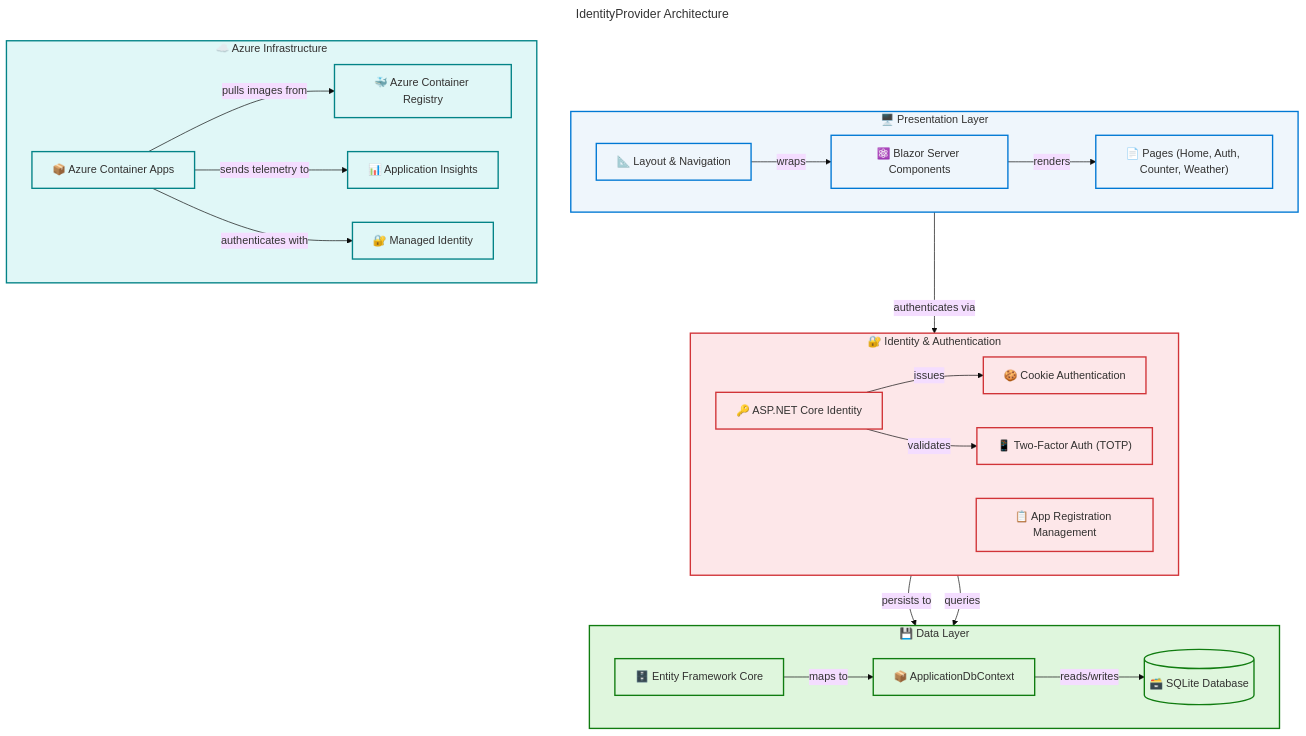
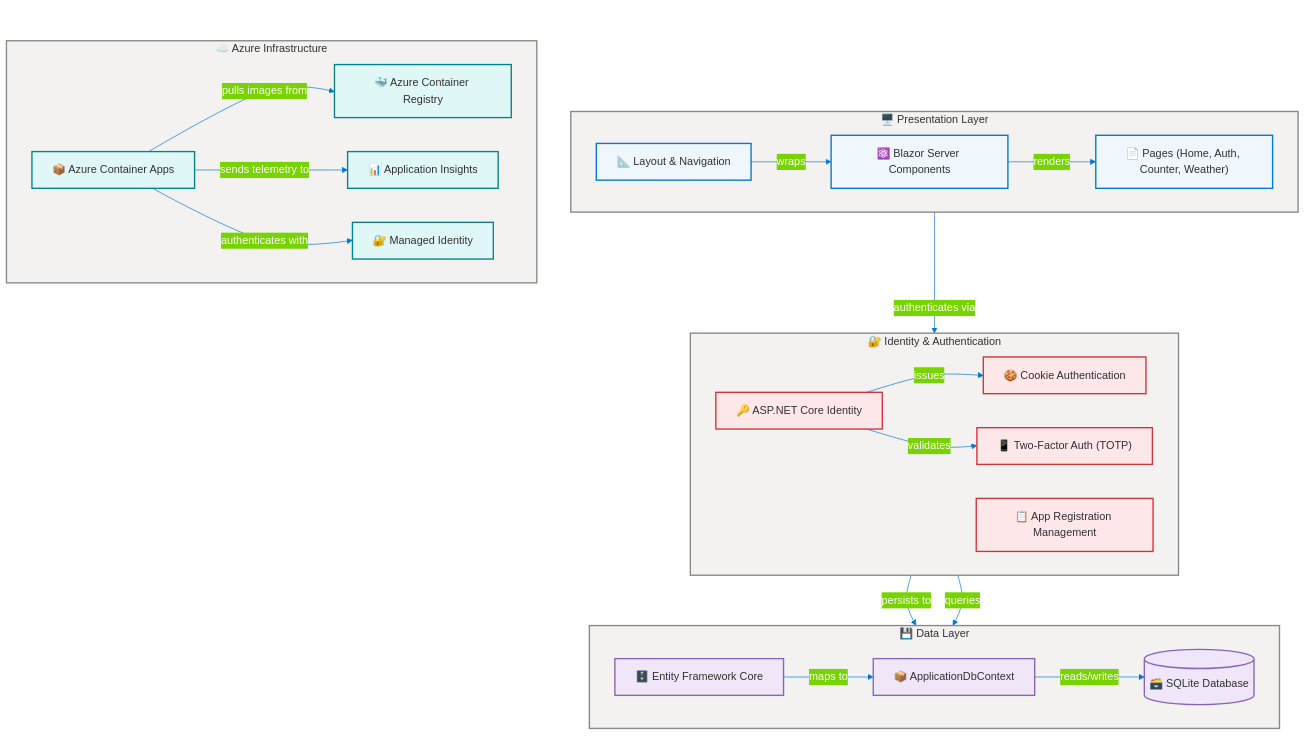
The diagram in README.md (Evilazaro/IdentityProvider), drawn with Mermaid before and after one commit.

Commit message:
Enhance flowchart in README.md with improved styling, semantic class definitions, and accessibility features

````diff
--- a/README.md
+++ b/README.md
@@ -193,38 +193,44 @@
   layout: dagre
   flowchart:
     htmlLabels: true
+    curve: cardinal
+  themeVariables:
+    primaryColor: '#0078D4'
+    primaryBorderColor: '#106EBE'
+    primaryTextColor: '#FFFFFF'
+    lineColor: '#0078D4'
 ---
 flowchart TB
     accTitle: IdentityProvider Application Architecture
-    accDescr: Layered architecture showing Blazor Server frontend, ASP.NET Core Identity middleware, Entity Framework Core data layer, SQLite database, and Azure Container Apps deployment infrastructure
+    accDescr: Layered architecture showing Blazor Server UI, ASP.NET Core Identity, EF Core data layer, and Azure Container Apps deployment
 
-    %% ═══════════════════════════════════════════════
+    %% ═══════════════════════════════════════════════════════════════════════════
     %% AZURE / FLUENT ARCHITECTURE PATTERN v1.1
     %% (Semantic + Structural + Font + Accessibility Governance)
-    %% ═══════════════════════════════════════════════
+    %% ═══════════════════════════════════════════════════════════════════════════
     %% PHASE 1 - FLUENT UI: All styling uses approved Fluent UI palette only
     %% PHASE 2 - GROUPS: Every subgraph has semantic color via style directive
     %% PHASE 3 - COMPONENTS: Every node has semantic classDef + icon prefix
     %% PHASE 4 - ACCESSIBILITY: accTitle/accDescr present, WCAG AA contrast
     %% PHASE 5 - STANDARD: Governance block present, classDefs centralized
-    %% ═══════════════════════════════════════════════
+    %% ═══════════════════════════════════════════════════════════════════════════
 
     subgraph presentation["🖥️ Presentation Layer"]
         direction LR
         blazor["⚛️ Blazor Server Components"]:::core
-        layout["📐 Layout & Navigation"]:::core
+        layoutNav["📐 Layout & Navigation"]:::core
         pages["📄 Pages (Home, Auth, Counter, Weather)"]:::core
     end
 
     subgraph identity["🔐 Identity & Authentication"]
         direction LR
-        auth["🔑 ASP.NET Core Identity"]:::security
-        cookies["🍪 Cookie Authentication"]:::security
-        twofa["📱 Two-Factor Auth (TOTP)"]:::security
-        appreg["📋 App Registration Management"]:::security
+        auth["🔑 ASP.NET Core Identity"]:::danger
+        cookies["🍪 Cookie Authentication"]:::danger
+        twofa["📱 Two-Factor Auth (TOTP)"]:::danger
+        appreg["📋 App Registration Management"]:::danger
     end
 
-    subgraph data["💾 Data Layer"]
+    subgraph dataLayer["💾 Data Layer"]
         direction LR
         efcore["🗄️ Entity Framework Core"]:::data
         dbcontext["📦 ApplicationDbContext"]:::data
@@ -233,14 +239,14 @@
 
     subgraph azure["☁️ Azure Infrastructure"]
         direction LR
-        containerapp["📦 Azure Container Apps"]:::cloud
-        acr["🐳 Azure Container Registry"]:::cloud
-        appinsights["📊 Application Insights"]:::cloud
-        managedid["🔐 Managed Identity"]:::cloud
+        containerapp["📦 Azure Container Apps"]:::external
+        acr["🐳 Azure Container Registry"]:::external
+        appinsights["📊 Application Insights"]:::external
+        managedid["🔐 Managed Identity"]:::external
     end
 
     blazor -->|"renders"| pages
-    layout -->|"wraps"| blazor
+    layoutNav -->|"wraps"| blazor
     pages -->|"authenticates via"| auth
     auth -->|"issues"| cookies
     auth -->|"validates"| twofa
@@ -252,14 +258,15 @@
     containerapp -->|"sends telemetry to"| appinsights
     containerapp -->|"authenticates with"| managedid
 
-    style presentation fill:#EFF6FC,stroke:#0078D4,stroke-width:2px,color:#323130
-    style identity fill:#FDE7E9,stroke:#D13438,stroke-width:2px,color:#323130
-    style data fill:#DFF6DD,stroke:#107C10,stroke-width:2px,color:#323130
-    style azure fill:#E0F7F7,stroke:#038387,stroke-width:2px,color:#323130
+    %% SUBGRAPH STYLING (4 subgraphs = 4 style directives, all neutral surface)
+    style presentation fill:#F3F2F1,stroke:#8A8886,stroke-width:2px,color:#323130
+    style identity fill:#F3F2F1,stroke:#8A8886,stroke-width:2px,color:#323130
+    style dataLayer fill:#F3F2F1,stroke:#8A8886,stroke-width:2px,color:#323130
+    style azure fill:#F3F2F1,stroke:#8A8886,stroke-width:2px,color:#323130
 
     %% Centralized semantic classDefs (Phase 5 compliant)
     classDef core fill:#EFF6FC,stroke:#0078D4,stroke-width:2px,color:#323130
-    classDef security fill:#FDE7E9,stroke:#D13438,stroke-width:2px,color:#323130
-    classDef data fill:#DFF6DD,stroke:#107C10,stroke-width:2px,color:#323130
-    classDef cloud fill:#E0F7F7,stroke:#038387,stroke-width:2px,color:#323130
+    classDef danger fill:#FDE7E9,stroke:#D13438,stroke-width:2px,color:#323130
+    classDef data fill:#F0E6FA,stroke:#8764B8,stroke-width:2px,color:#323130
+    classDef external fill:#E0F7F7,stroke:#038387,stroke-width:2px,color:#323130
 ```
````
